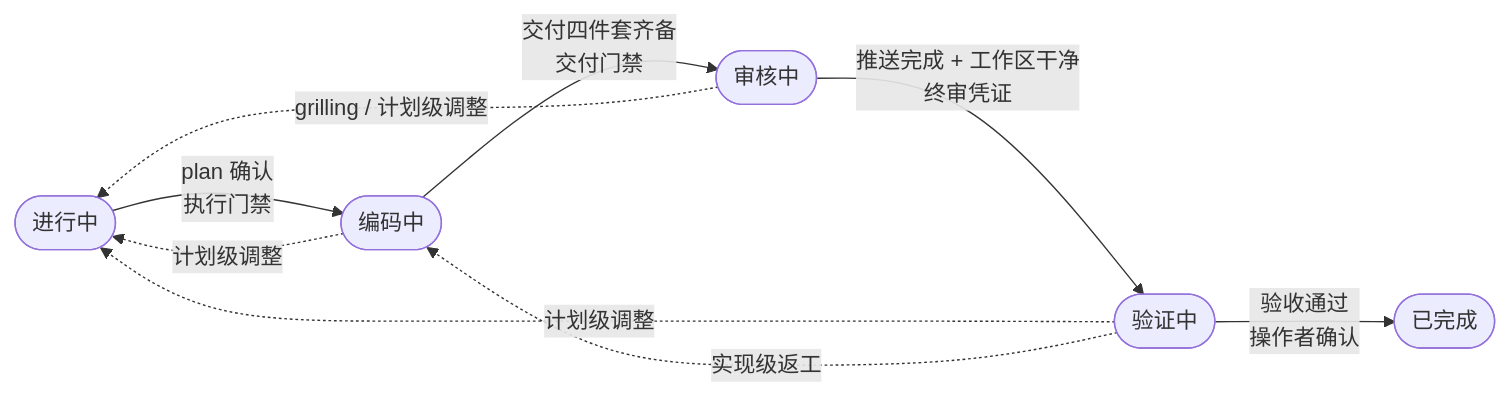
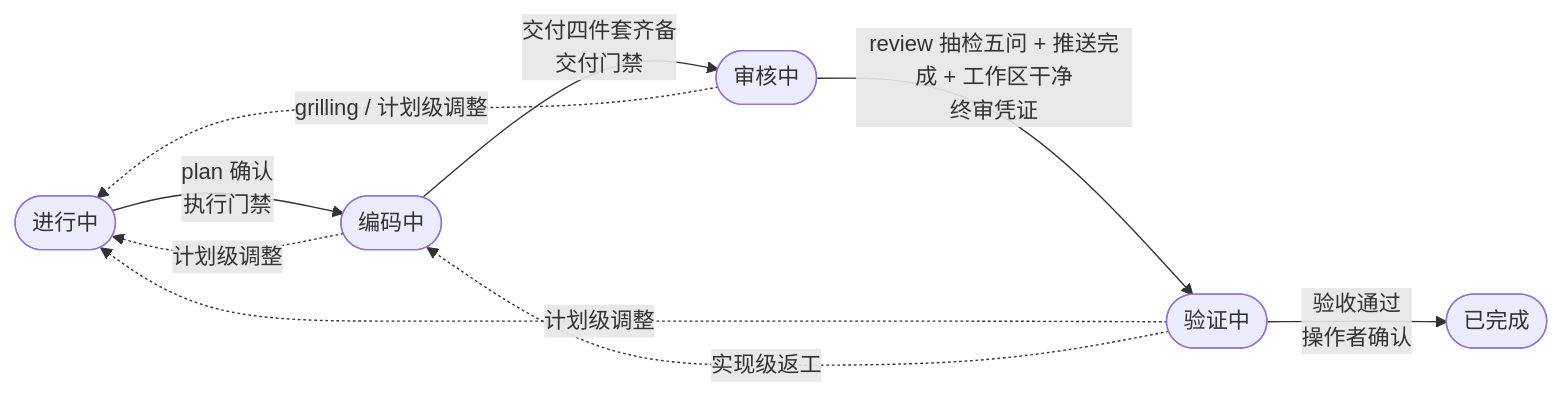
One commit to H-zk/mini-architecture-engineer-workspace changed the first of 2 diagrams in .agents/skills/feat-plan-research/SKILL.md. Above: the diagram before and after it, drawn with Mermaid. The commit also changed other lines of this file and 72 other files, not shown here.

````diff
--- a/.agents/skills/feat-plan-research/SKILL.md
+++ b/.agents/skills/feat-plan-research/SKILL.md
@@ -41,11 +54,11 @@
 ```mermaid
 flowchart LR
     P(["进行中"]) -->|"plan 确认<br/>执行门禁"| C(["编码中"])
     C -->|"交付四件套齐备<br/>交付门禁"| R(["审核中"])
-    R -->|"推送完成 + 工作区干净<br/>终审凭证"| V(["验证中"])
+    R -->|"review 抽检五问 + 推送完成 + 工作区干净<br/>终审凭证"| V(["验证中"])
     V -->|"验收通过<br/>操作者确认"| F(["已完成"])
     C -.->|"计划级调整"| P
     R -.->|"grilling / 计划级调整"| P
     V -.->|"计划级调整"| P
     V -.->|"实现级返工"| C
 ```
````
